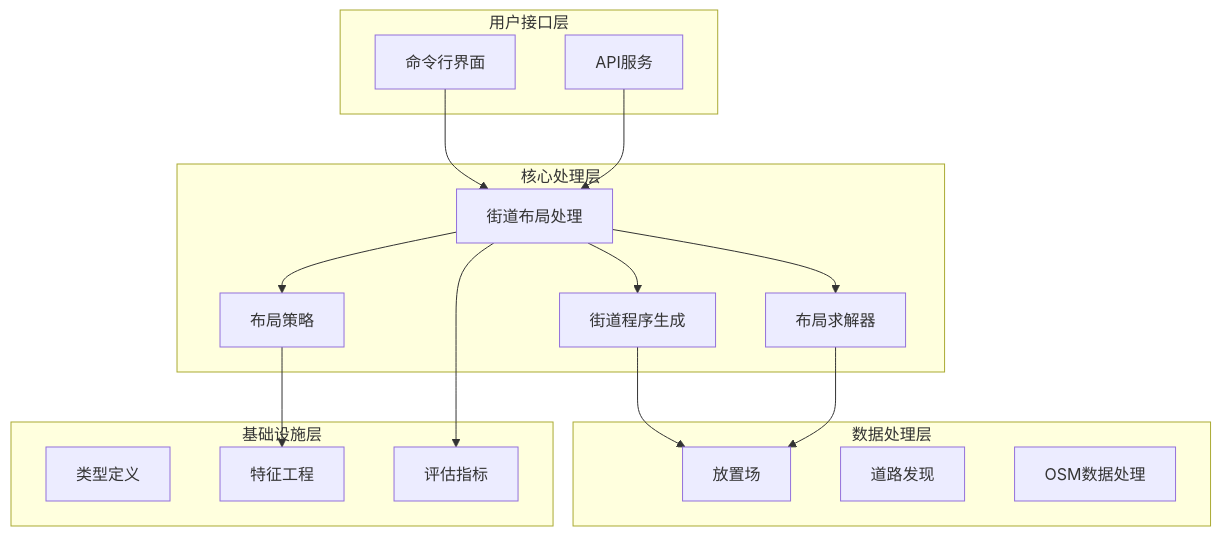
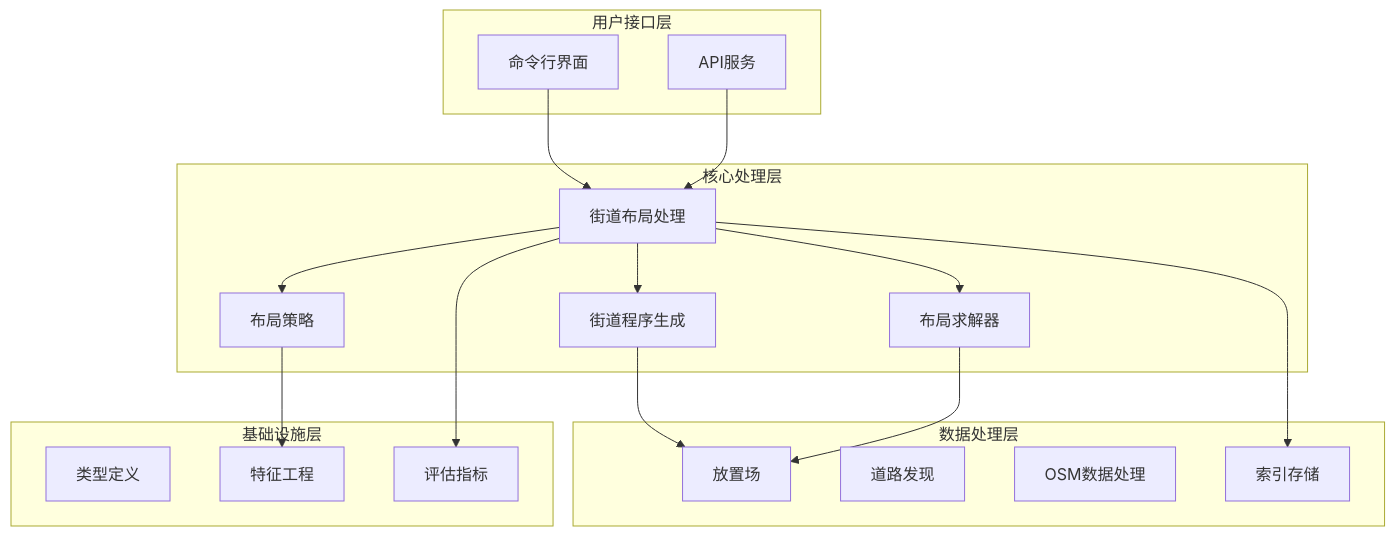
The first of 10 diagrams in .qoder/repowiki/zh/content/Street Layout Processing.md (wsqstar/RoadGen3D), drawn with Mermaid before and after one commit. The commit also changed other lines of this file and 4 other files, not shown here.

````diff
--- a/.qoder/repowiki/zh/content/Street Layout Processing.md
+++ b/.qoder/repowiki/zh/content/Street Layout Processing.md
@@ -45,32 +57,34 @@
 ```mermaid
 graph TB
 subgraph "用户接口层"
 CLI[命令行界面]
 API[API服务]
 end
 subgraph "核心处理层"
 SL[街道布局处理]
 SP[街道程序生成]
 LS[布局求解器]
 LP[布局策略]
 end
 subgraph "数据处理层"
 PF[放置场]
 RD[道路发现]
 OSM[OSM数据处理]
+IS[索引存储]
 end
 subgraph "基础设施层"
 Types[类型定义]
 Features[特征工程]
 Metrics[评估指标]
 end
 CLI --> SL
 API --> SL
 SL --> SP
 SL --> LS
 SL --> LP
 SP --> PF
 LS --> PF
 LP --> Features
 SL --> Metrics
+SL --> IS
 ```
````
